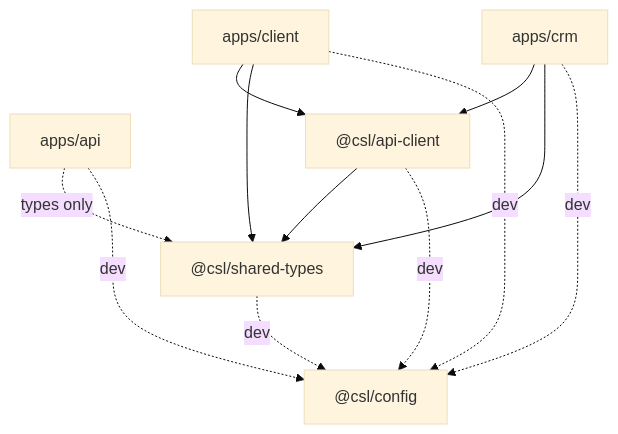
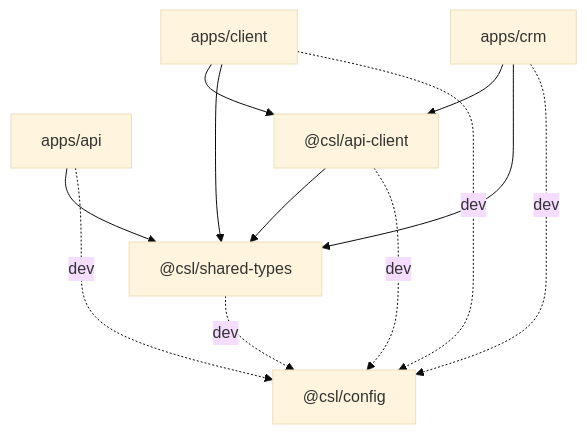
The third of 3 diagrams in docs/architecture/README.md (femCodersClub-vonage-program/customer-support-logistics), drawn with Mermaid (base theme) before and after one commit. The commit also changed other lines of this file and 4 other files, not shown here.

````diff
--- a/docs/architecture/README.md
+++ b/docs/architecture/README.md
@@ -93,21 +93,21 @@
 ```mermaid
 flowchart TB
   client["apps/client"]
   crm["apps/crm"]
   api["apps/api"]
   apiClient["@csl/api-client"]
   types["@csl/shared-types"]
   config["@csl/config"]
 
   client --> apiClient
   crm --> apiClient
   client --> types
   crm --> types
   apiClient --> types
-  api -.->|"types only"| types
+  api --> types
   client -.->|dev| config
   crm -.->|dev| config
   api -.->|dev| config
   apiClient -.->|dev| config
   types -.->|dev| config
 ```
````
